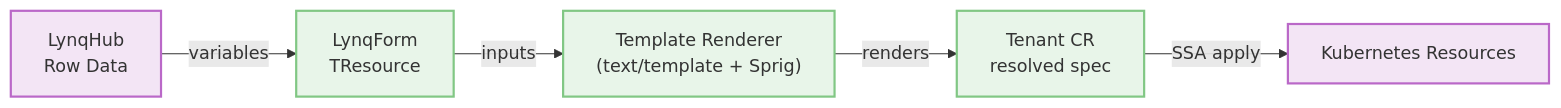
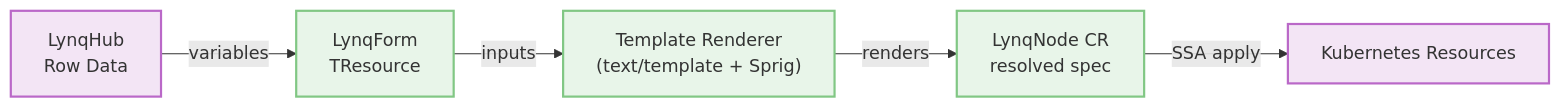
One commit to kubernetes-tenants/tenant-operator changed the diagram in docs/templates.md. Above: the diagram before and after it, drawn with Mermaid. The commit also changed other lines of this file and 20 other files, not shown here.

Commit message:
Update documentation to use LynqNode instead of Tenant

````diff
--- a/docs/templates.md
+++ b/docs/templates.md
@@ -11,21 +11,21 @@
 ```mermaid
 flowchart LR
     Registry["LynqHub<br/>Row Data"]
     Template["LynqForm<br/>TResource"]
     Renderer["Template Renderer<br/>(text/template + Sprig)"]
-    Tenant["Tenant CR<br/>resolved spec"]
+    Tenant["LynqNode CR<br/>resolved spec"]
     K8s["Kubernetes Resources"]
 
     Registry -- variables --> Template
     Template -- inputs --> Renderer
     Renderer -- renders --> Tenant
     Tenant -- SSA apply --> K8s
 
     classDef component fill:#e8f5e9,stroke:#81c784,stroke-width:2px;
     classDef data fill:#f3e5f5,stroke:#ba68c8,stroke-width:2px;
     class Registry data;
     class Template component;
     class Renderer component;
     class Tenant component;
     class K8s data;
 ```
````
